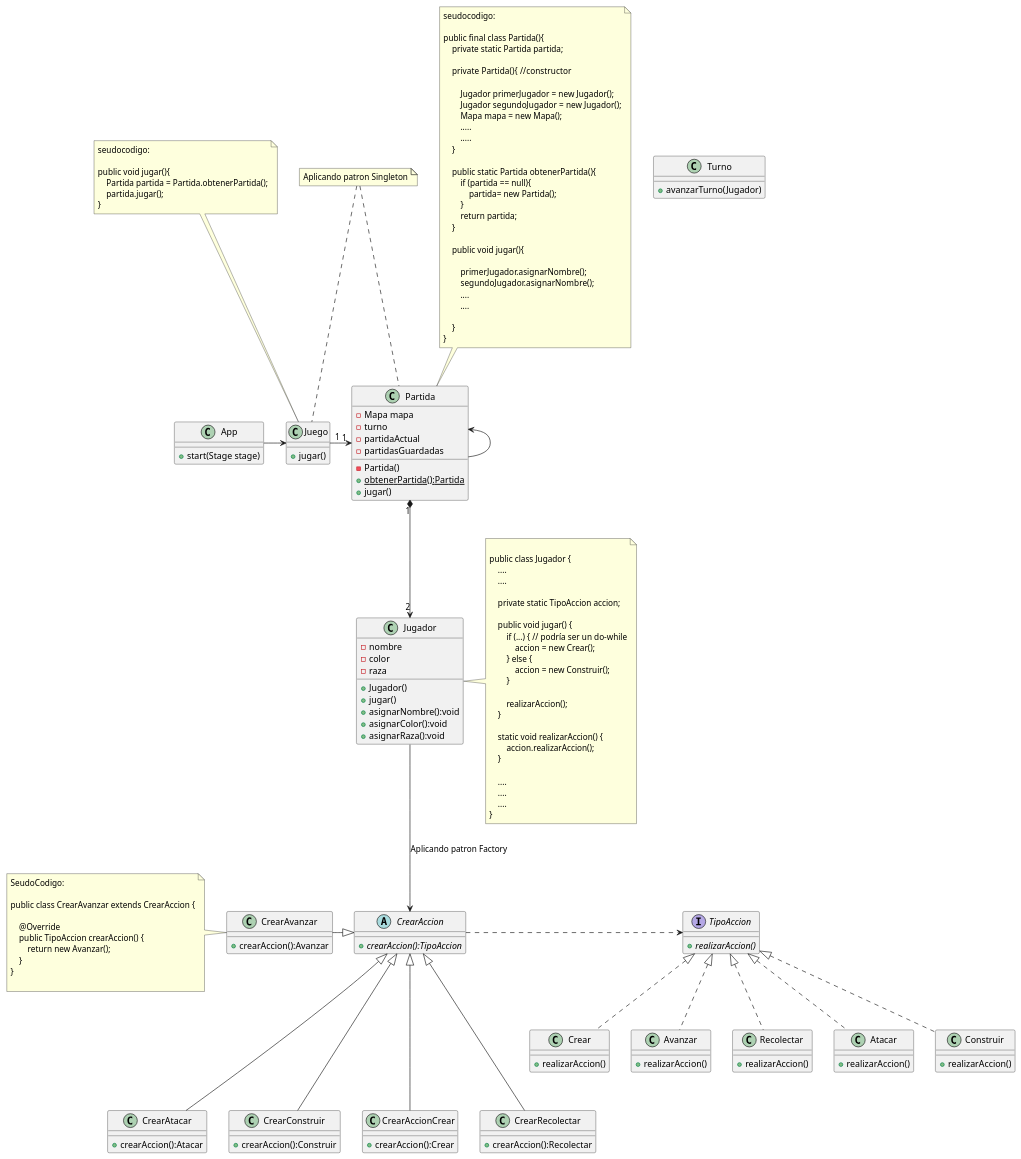
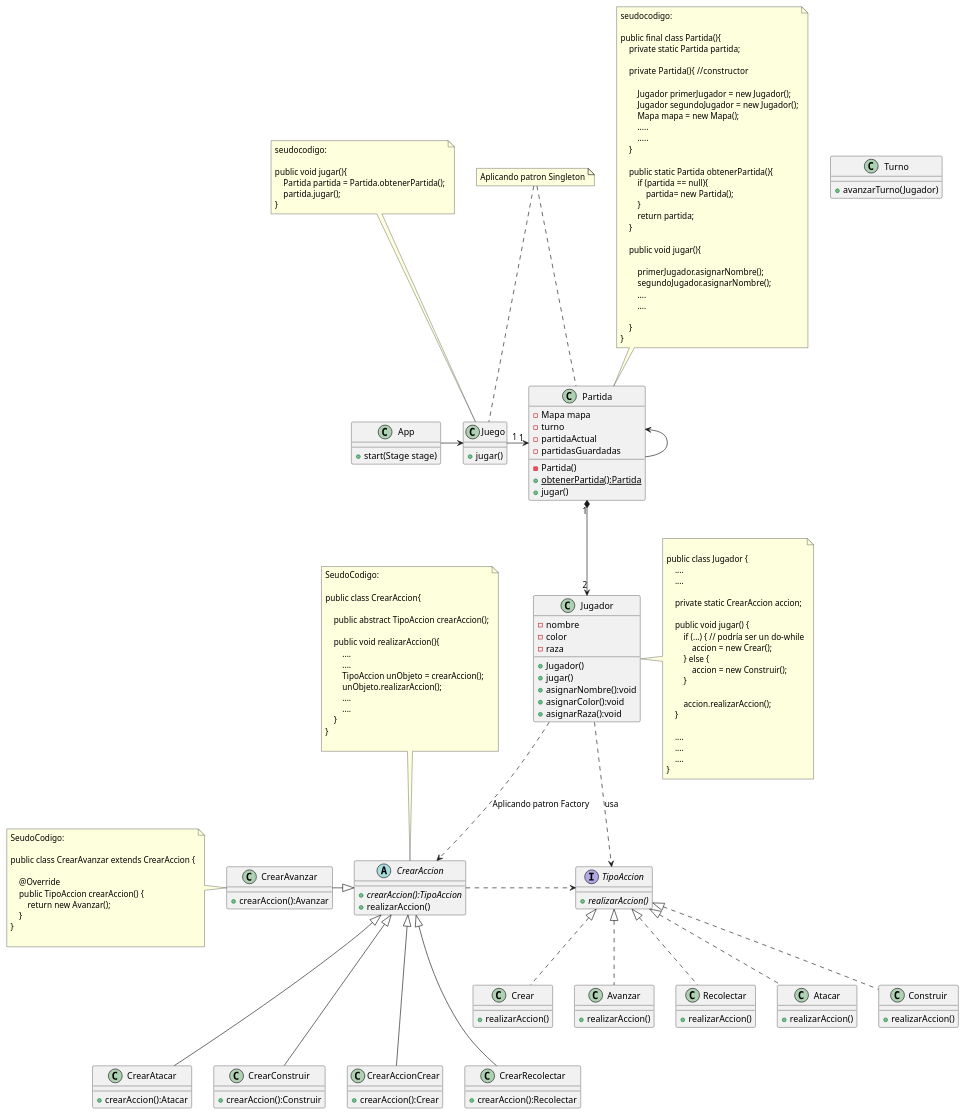
The diagram in diagrams/classes/ModeloVersion3-Partida.puml (GiaWong/Algo3_TP2_2C2022), drawn with PlantUML before and after one commit.

Commit message:
Aplicando patron Strategy a Jugador - DiagramaClase

```diff
--- a/diagrams/classes/ModeloVersion3-Partida.puml
+++ b/diagrams/classes/ModeloVersion3-Partida.puml
@@ -141,7 +141,26 @@
 
 abstract CrearAccion{
     +{abstract}crearAccion():TipoAccion
+    + realizarAccion()
 }
+note top of CrearAccion
+SeudoCodigo:
+
+public class CrearAccion{
+
+    public abstract TipoAccion crearAccion();
+
+    public void realizarAccion(){
+        ....
+        ....
+        TipoAccion unObjeto = crearAccion();
+        unObjeto.realizarAccion();
+        ....
+        ....
+    }
+}
+
+end note
 class CrearAvanzar{
     +crearAccion():Avanzar
 }
@@ -182,8 +201,8 @@
 CrearAccion <|--- CrearAccionCrear
 
 
-Jugador --> CrearAccion: Aplicando patron Factory
-
+Jugador ..> CrearAccion: Aplicando patron Factory
+Jugador ..> TipoAccion: usa
 
 note right of Jugador
 
@@ -191,7 +210,7 @@
         ....
         ....
 
-        private static TipoAccion accion;
+        private static CrearAccion accion;
 
         public void jugar() {
             if (...) { // podría ser un do-while
@@ -200,10 +219,6 @@
                 accion = new Construir();
             }
 
-            realizarAccion();
-        }
-
-        static void realizarAccion() {
             accion.realizarAccion();
         }
 
```
